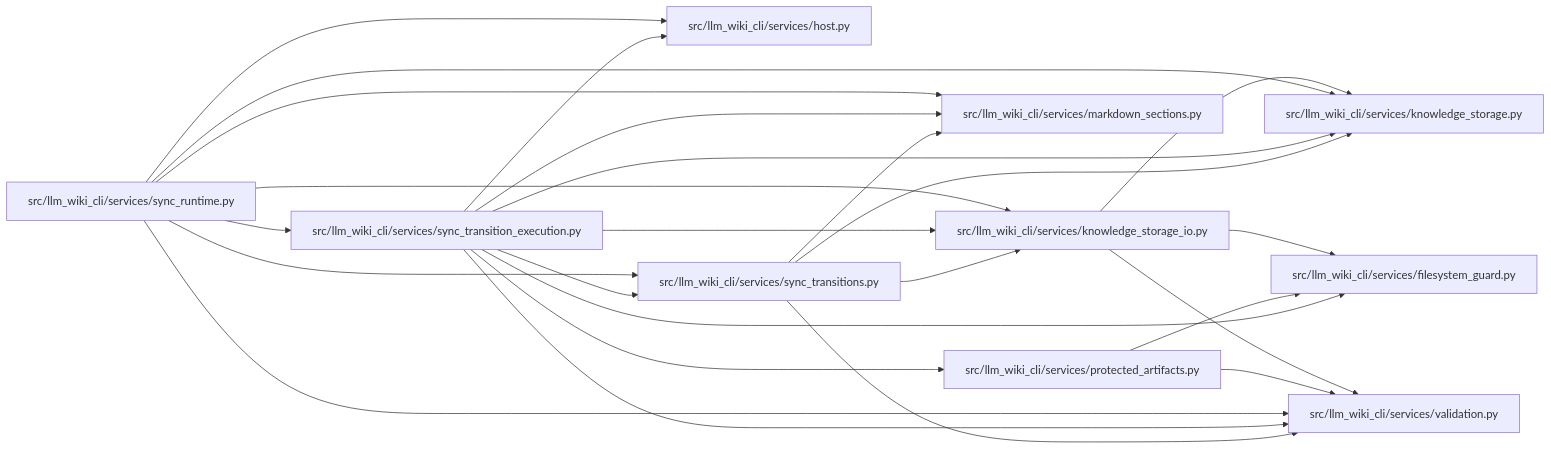
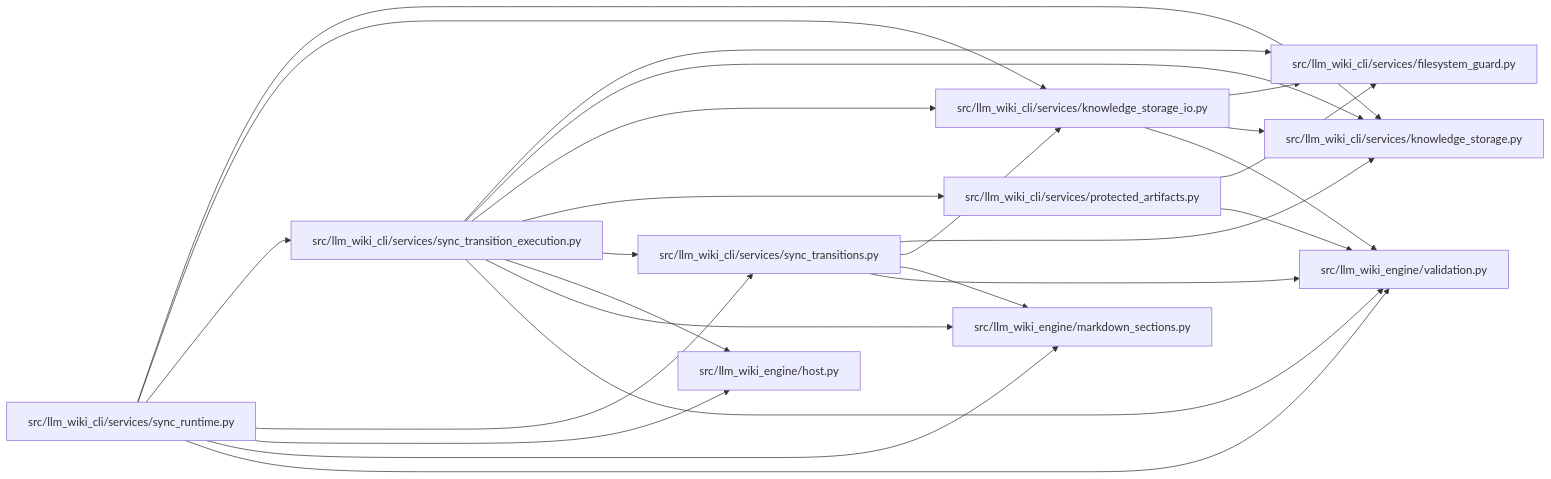
One commit to Denissvgn/python-wiki-llm changed the diagram in docs/llm_wiki/modules/sync_transition_execution.md. Above: the diagram before and after it, drawn with Mermaid. The commit also changed other lines of this file and 1103 other files, not shown here.

First line of the commit message:
docs: refresh the wiki for the llm-wiki-engine distribution

````diff
--- a/docs/llm_wiki/modules/sync_transition_execution.md
+++ b/docs/llm_wiki/modules/sync_transition_execution.md
@@ -31,47 +31,47 @@
 ```mermaid
 flowchart LR
     n0["src/llm_wiki_cli/services/filesystem_guard.py"]
-    n1["src/llm_wiki_cli/services/host.py"]
-    n2["src/llm_wiki_cli/services/knowledge_storage.py"]
-    n3["src/llm_wiki_cli/services/knowledge_storage_io.py"]
-    n4["src/llm_wiki_cli/services/markdown_sections.py"]
-    n5["src/llm_wiki_cli/services/protected_artifacts.py"]
-    n6["src/llm_wiki_cli/services/sync_runtime.py"]
-    n7["src/llm_wiki_cli/services/sync_transition_execution.py"]
-    n8["src/llm_wiki_cli/services/sync_transitions.py"]
-    n9["src/llm_wiki_cli/services/validation.py"]
+    n1["src/llm_wiki_cli/services/knowledge_storage.py"]
+    n2["src/llm_wiki_cli/services/knowledge_storage_io.py"]
+    n3["src/llm_wiki_cli/services/protected_artifacts.py"]
+    n4["src/llm_wiki_cli/services/sync_runtime.py"]
+    n5["src/llm_wiki_cli/services/sync_transition_execution.py"]
+    n6["src/llm_wiki_cli/services/sync_transitions.py"]
+    n7["src/llm_wiki_engine/host.py"]
+    n8["src/llm_wiki_engine/markdown_sections.py"]
+    n9["src/llm_wiki_engine/validation.py"]
+    n2 --> n0
+    n2 --> n1
+    n2 --> n9
     n3 --> n0
-    n3 --> n2
     n3 --> n9
+    n4 --> n1
+    n4 --> n2
+    n4 --> n5
+    n4 --> n6
+    n4 --> n7
+    n4 --> n8
+    n4 --> n9
     n5 --> n0
+    n5 --> n1
+    n5 --> n2
+    n5 --> n3
+    n5 --> n6
+    n5 --> n7
+    n5 --> n8
     n5 --> n9
     n6 --> n1
     n6 --> n2
-    n6 --> n3
-    n6 --> n4
-    n6 --> n7
     n6 --> n8
     n6 --> n9
-    n7 --> n0
-    n7 --> n1
-    n7 --> n2
-    n7 --> n3
-    n7 --> n4
-    n7 --> n5
-    n7 --> n8
-    n7 --> n9
-    n8 --> n2
-    n8 --> n3
-    n8 --> n4
-    n8 --> n9
     click n0 "../modules/filesystem_guard.md"
-    click n1 "../modules/host.md"
-    click n2 "../modules/knowledge_storage.md"
-    click n3 "../modules/knowledge_storage_io.md"
-    click n4 "../modules/markdown_sections.md"
-    click n5 "../modules/protected_artifacts.md"
-    click n6 "../modules/sync_runtime.md"
-    click n7 "../modules/sync_transition_execution.md"
-    click n8 "../modules/sync_transitions.md"
+    click n1 "../modules/knowledge_storage.md"
+    click n2 "../modules/knowledge_storage_io.md"
+    click n3 "../modules/protected_artifacts.md"
+    click n4 "../modules/sync_runtime.md"
+    click n5 "../modules/sync_transition_execution.md"
+    click n6 "../modules/sync_transitions.md"
+    click n7 "../modules/host.md"
+    click n8 "../modules/markdown_sections.md"
     click n9 "../modules/validation.md"
 ```
````
